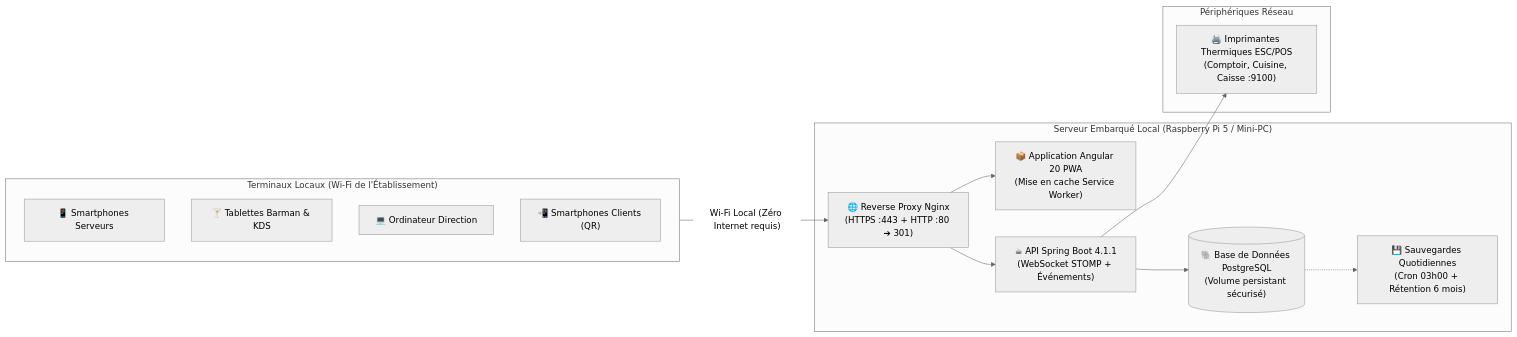
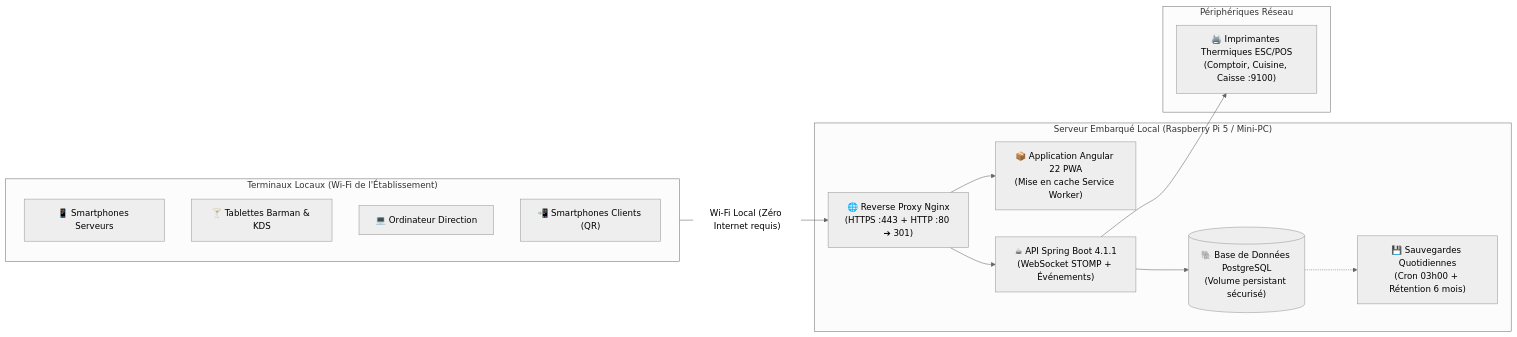
One commit to FunWarry/Open-Bar changed the sixth of 6 diagrams in README.md. Above: the diagram before and after it, drawn with Mermaid (neutral theme). The commit also changed other lines of this file and 218 other files, not shown here.

````diff
--- a/README.md
+++ b/README.md
@@ -228,28 +228,28 @@
 ```mermaid
 flowchart LR
     subgraph Clients ["Terminaux Locaux (Wi-Fi de l'Établissement)"]
         T1["📱 Smartphones Serveurs"]
         T2["🍸 Tablettes Barman & KDS"]
         T3["💻 Ordinateur Direction"]
         T4["📲 Smartphones Clients (QR)"]
     end
 
     subgraph ServeurLocal ["Serveur Embarqué Local (Raspberry Pi 5 / Mini-PC)"]
         Nginx["🌐 Reverse Proxy Nginx\n(HTTPS :443 + HTTP :80 ➔ 301)"]
-        PWA["📦 Application Angular 20 PWA\n(Mise en cache Service Worker)"]
+        PWA["📦 Application Angular 22 PWA\n(Mise en cache Service Worker)"]
         Backend["☕ API Spring Boot 4.1.1\n(WebSocket STOMP + Événements)"]
         Postgres[("🐘 Base de Données PostgreSQL\n(Volume persistant sécurisé)")]
         Backup["💾 Sauvegardes Quotidiennes\n(Cron 03h00 + Rétention 6 mois)"]
     end
 
     subgraph Peripheriques ["Périphériques Réseau"]
         Printers["🖨️ Imprimantes Thermiques ESC/POS\n(Comptoir, Cuisine, Caisse :9100)"]
     end
 
     Clients -->|"Wi-Fi Local (Zéro Internet requis)"| Nginx
     Nginx --> PWA
     Nginx --> Backend
     Backend --> Postgres
     Backend --> Printers
     Postgres -.-> Backup
 ```
````
